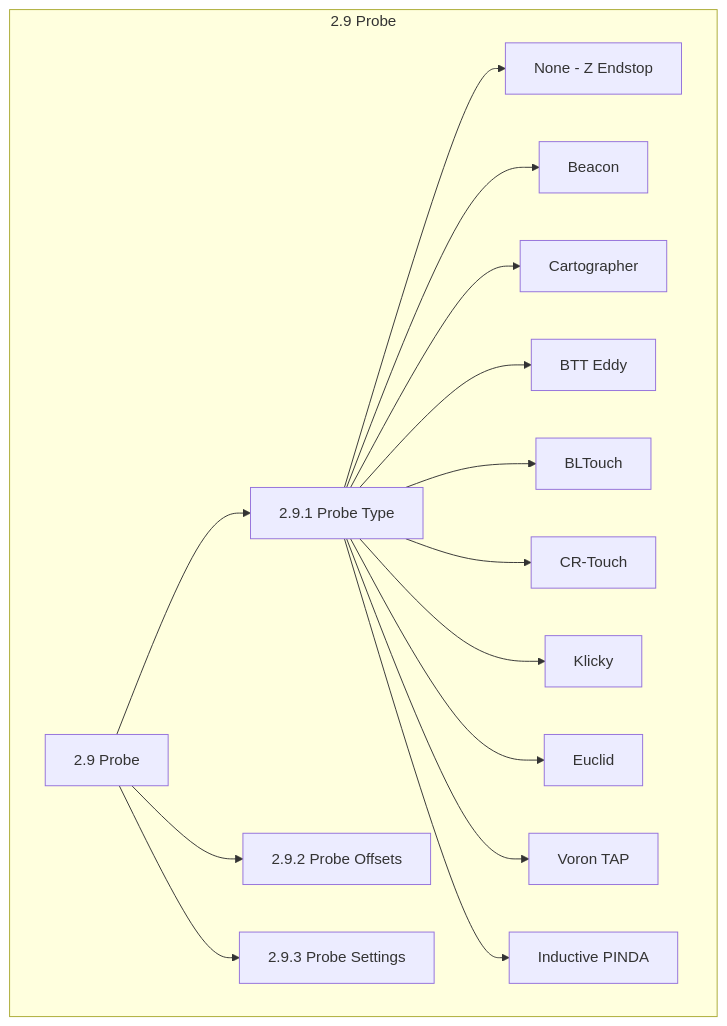
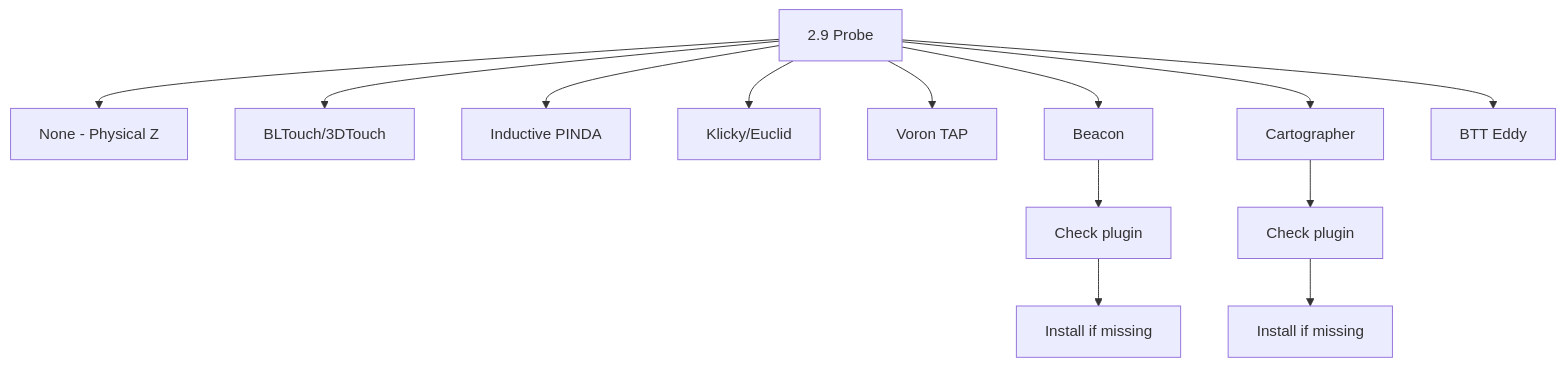
Before and after one commit to gueee/gschpoozi: the fourth of 6 diagrams in docs/diagrams/wizard-menu-structure.md, drawn with Mermaid. The commit also changed other lines of this file and 1 other file, not shown here.

First line of the commit message:
docs: Add comprehensive wizard structure specification and initial menu schema

````diff
--- a/docs/diagrams/wizard-menu-structure.md
+++ b/docs/diagrams/wizard-menu-structure.md
@@ -772,33 +733,19 @@
 ```mermaid
 flowchart TD
-    subgraph probe [2.9 Probe]
-        M2_9["2.9 Probe"]
-        M2_9_1["2.9.1 Probe Type"]
-        M2_9_1a["None - Z Endstop"]
-        M2_9_1b["Beacon"]
-        M2_9_1c["Cartographer"]
-        M2_9_1d["BTT Eddy"]
-        M2_9_1e["BLTouch"]
-        M2_9_1f["CR-Touch"]
-        M2_9_1g["Klicky"]
-        M2_9_1h["Euclid"]
-        M2_9_1i["Voron TAP"]
-        M2_9_1j["Inductive PINDA"]
-        M2_9_2["2.9.2 Probe Offsets"]
-        M2_9_3["2.9.3 Probe Settings"]
-    end
+    PROBE["2.9 Probe"]
     
-    M2_9 --> M2_9_1
-    M2_9_1 --> M2_9_1a
-    M2_9_1 --> M2_9_1b
-    M2_9_1 --> M2_9_1c
-    M2_9_1 --> M2_9_1d
-    M2_9_1 --> M2_9_1e
-    M2_9_1 --> M2_9_1f
-    M2_9_1 --> M2_9_1g
-    M2_9_1 --> M2_9_1h
-    M2_9_1 --> M2_9_1i
-    M2_9_1 --> M2_9_1j
-    M2_9 --> M2_9_2
-    M2_9 --> M2_9_3
+    PROBE --> NONE["None - Physical Z"]
+    PROBE --> BLTOUCH["BLTouch/3DTouch"]
+    PROBE --> INDUCTIVE["Inductive PINDA"]
+    PROBE --> KLICKY["Klicky/Euclid"]
+    PROBE --> TAP["Voron TAP"]
+    PROBE --> BEACON["Beacon"]
+    PROBE --> CARTO["Cartographer"]
+    PROBE --> EDDY["BTT Eddy"]
+    
+    BEACON --> BEACON_CHECK["Check plugin"]
+    CARTO --> CARTO_CHECK["Check plugin"]
+    
+    BEACON_CHECK --> BEACON_INSTALL["Install if missing"]
+    CARTO_CHECK --> CARTO_INSTALL["Install if missing"]
 ```
````
